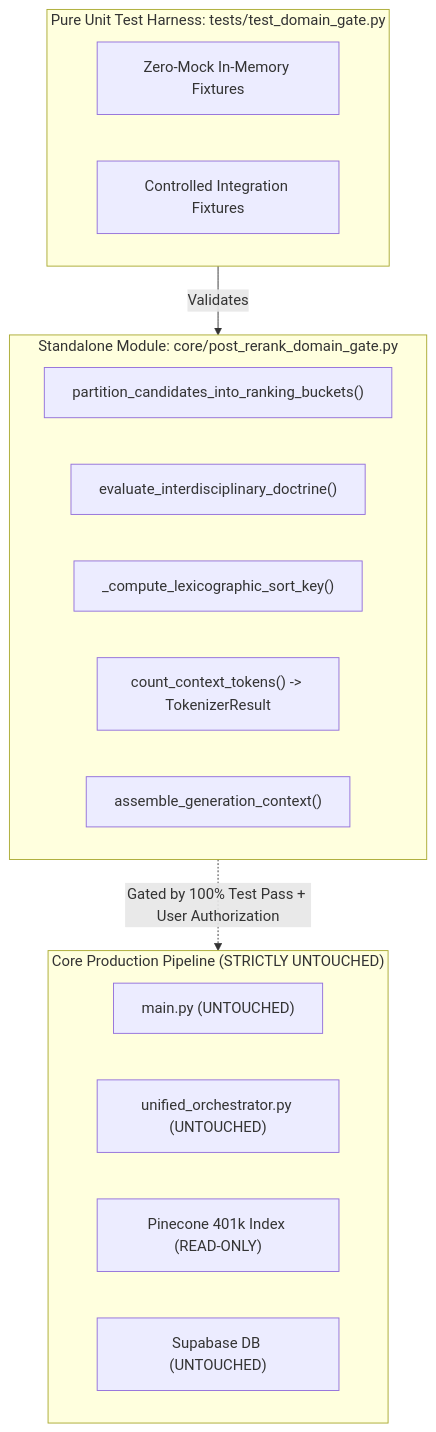
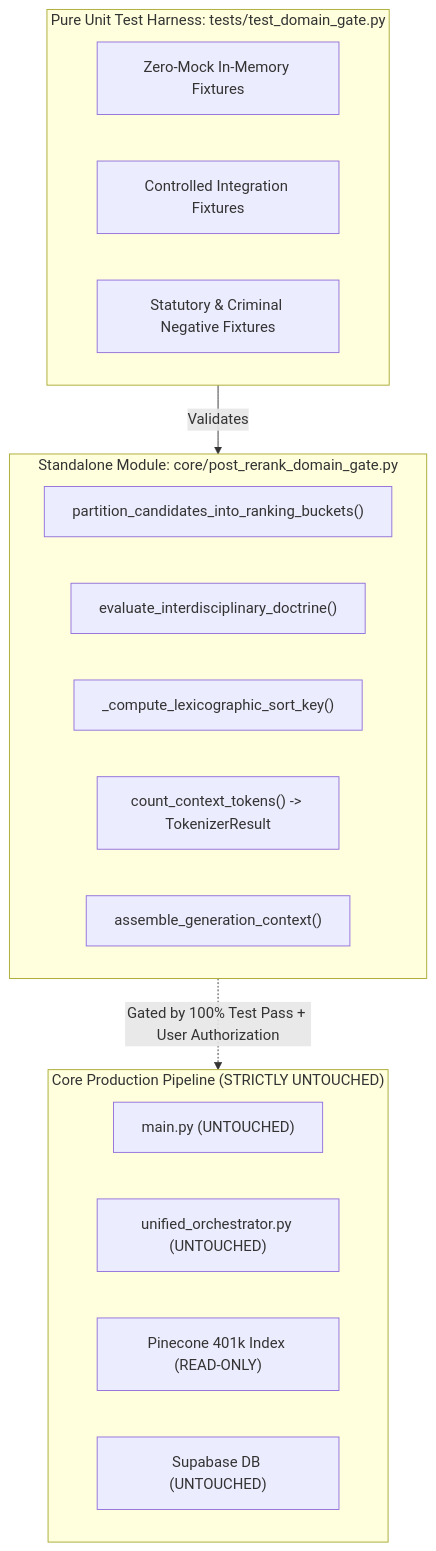
One commit to abdulkabeerkhan-dev/lawyer-Backend changed the diagram in PHASE4_STEP5_IMPLEMENTATION_PLAN.md. Above: the diagram before and after it, drawn with Mermaid. The commit also changed other lines of this file, not shown here.

Commit message:
docs(plan): upgrade implementation plan to v1.5.0 with conditional Benami exceptions, Art 212 statutory competence, Art 142 dispossession, S.489-F mens rea precision, Art 189 ratio precedence, and enforced generation ceiling

````diff
--- a/PHASE4_STEP5_IMPLEMENTATION_PLAN.md
+++ b/PHASE4_STEP5_IMPLEMENTATION_PLAN.md
@@ -255,25 +288,26 @@
 ```mermaid
 flowchart TD
     subgraph IsolatedModule["Standalone Module: core/post_rerank_domain_gate.py"]
         F1["partition_candidates_into_ranking_buckets()"]
         F2["evaluate_interdisciplinary_doctrine()"]
         F3["_compute_lexicographic_sort_key()"]
         F4["count_context_tokens() -> TokenizerResult"]
         F5["assemble_generation_context()"]
     end
 
     subgraph IsolatedTests["Pure Unit Test Harness: tests/test_domain_gate.py"]
         T1["Zero-Mock In-Memory Fixtures"]
         T2["Controlled Integration Fixtures"]
+        T3["Statutory & Criminal Negative Fixtures"]
     end
 
     subgraph CoreProduction["Core Production Pipeline (STRICTLY UNTOUCHED)"]
         P1["main.py (UNTOUCHED)"]
         P2["unified_orchestrator.py (UNTOUCHED)"]
         P3["Pinecone 401k Index (READ-ONLY)"]
         P4["Supabase DB (UNTOUCHED)"]
     end
 
     IsolatedTests -->|Validates| IsolatedModule
     IsolatedModule -.->|Gated by 100% Test Pass + User Authorization| CoreProduction
 ```
````
